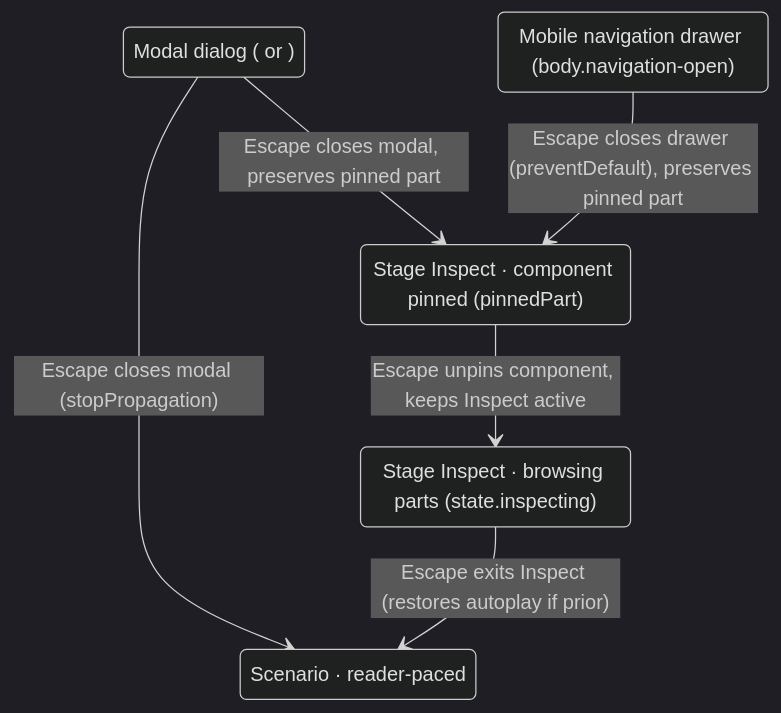
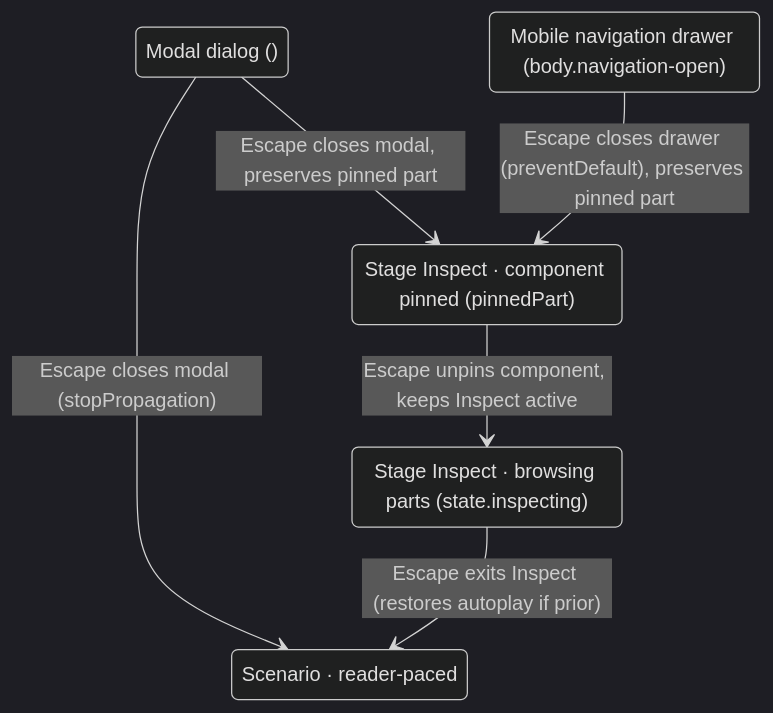
The third of 3 diagrams in formal/Navigation/charts.md (hkust-asc/hub), drawn with Mermaid (dark theme) before and after one commit. The commit also changed other lines of this file and 10 other files, not shown here.

````diff
--- a/formal/Navigation/charts.md
+++ b/formal/Navigation/charts.md
@@ -96,14 +96,14 @@
 ```mermaid
 stateDiagram-v2
-  state "Modal dialog (<dialog#switcher> or <dialog#evidence-dialog>)" as Modal
+  state "Modal dialog (<dialog#switcher>)" as Modal
   state "Mobile navigation drawer (body.navigation-open)" as Drawer
   state "Stage Inspect · component pinned (pinnedPart)" as Pinned
   state "Stage Inspect · browsing parts (state.inspecting)" as Inspect
   state "Scenario · reader-paced" as StageRest
 
   Modal --> StageRest: Escape closes modal (stopPropagation)
   Modal --> Pinned: Escape closes modal, preserves pinned part
   Drawer --> Pinned: Escape closes drawer (preventDefault), preserves pinned part
   Pinned --> Inspect: Escape unpins component, keeps Inspect active
   Inspect --> StageRest: Escape exits Inspect (restores autoplay if prior)
 ```
````
